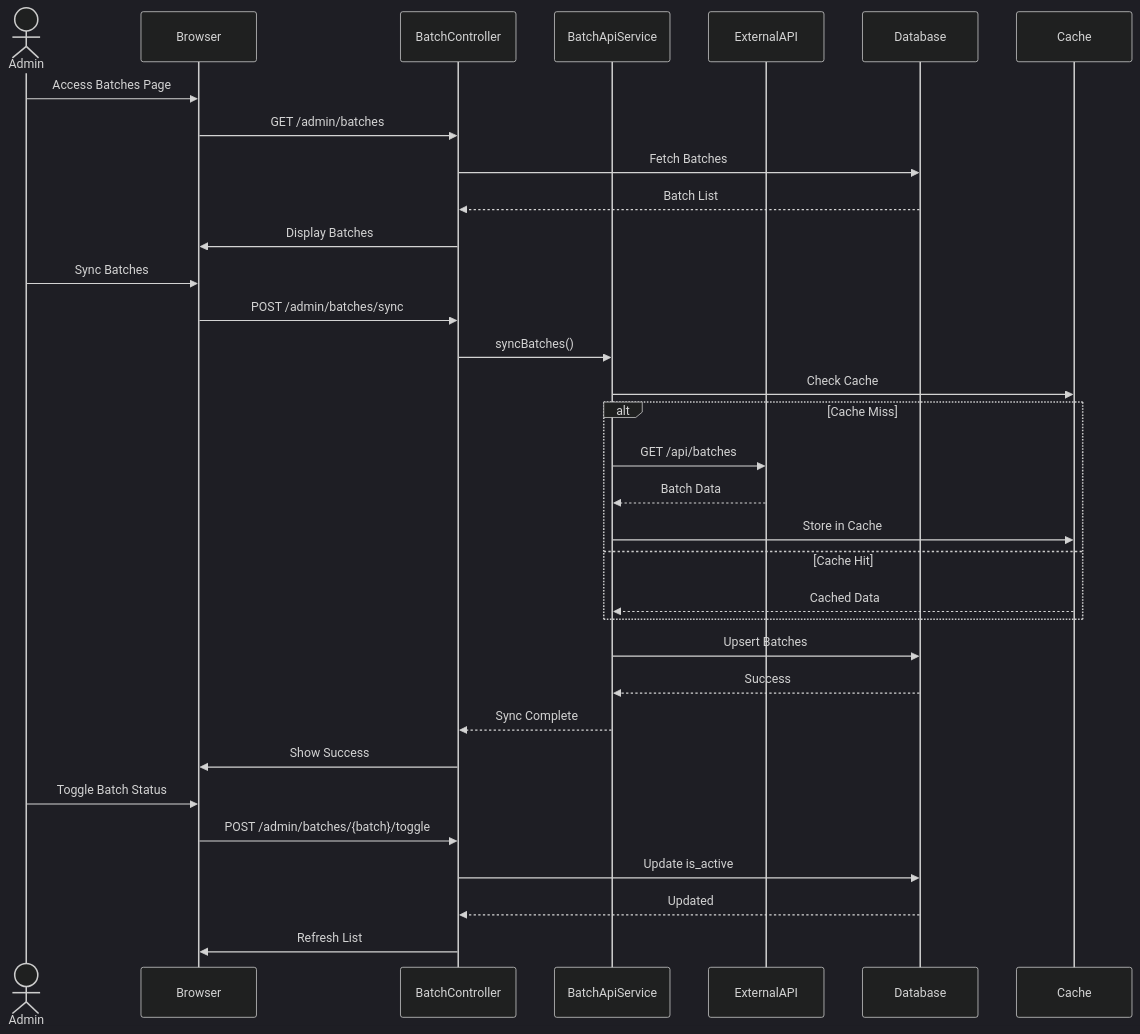
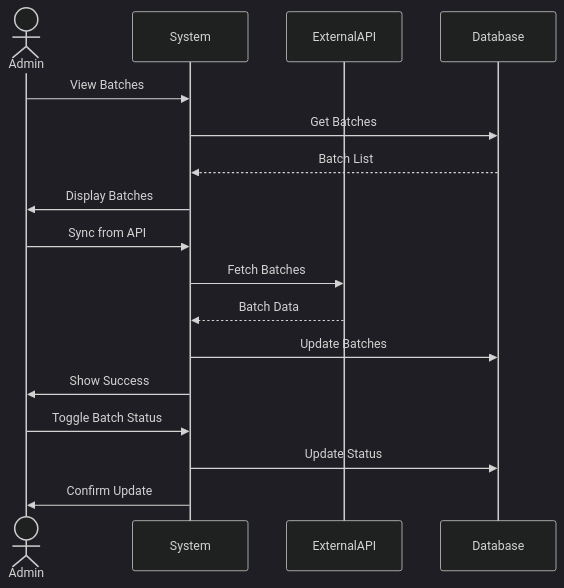
Before and after one commit to abdullah2323442/thesisrepo-backup: the third of 19 diagrams in documentation/sequence-diagrams.md, drawn with Mermaid (dark theme). The commit also changed other lines of this file, not shown here.

````diff
--- a/documentation/sequence-diagrams.md
+++ b/documentation/sequence-diagrams.md
@@ -106,40 +75,22 @@
 ```mermaid
 sequenceDiagram
     actor Admin
-    participant Browser
-    participant BatchController
-    participant BatchApiService
+    participant System
     participant ExternalAPI
     participant Database
-    participant Cache
 
-    Admin->>Browser: Access Batches Page
-    Browser->>BatchController: GET /admin/batches
-    BatchController->>Database: Fetch Batches
-    Database-->>BatchController: Batch List
-    BatchController->>Browser: Display Batches
+    Admin->>System: View Batches
+    System->>Database: Get Batches
+    Database-->>System: Batch List
+    System->>Admin: Display Batches
     
-    Admin->>Browser: Sync Batches
-    Browser->>BatchController: POST /admin/batches/sync
-    BatchController->>BatchApiService: syncBatches()
-    BatchApiService->>Cache: Check Cache
+    Admin->>System: Sync from API
+    System->>ExternalAPI: Fetch Batches
+    ExternalAPI-->>System: Batch Data
+    System->>Database: Update Batches
+    System->>Admin: Show Success
     
-    alt Cache Miss
-        BatchApiService->>ExternalAPI: GET /api/batches
-        ExternalAPI-->>BatchApiService: Batch Data
-        BatchApiService->>Cache: Store in Cache
-    else Cache Hit
-        Cache-->>BatchApiService: Cached Data
-    end
-    
-    BatchApiService->>Database: Upsert Batches
-    Database-->>BatchApiService: Success
-    BatchApiService-->>BatchController: Sync Complete
-    BatchController->>Browser: Show Success
-    
-    Admin->>Browser: Toggle Batch Status
-    Browser->>BatchController: POST /admin/batches/{batch}/toggle
-    BatchController->>Database: Update is_active
-    Database-->>BatchController: Updated
-    BatchController->>Browser: Refresh List
+    Admin->>System: Toggle Batch Status
+    System->>Database: Update Status
+    System->>Admin: Confirm Update
 ```
````
